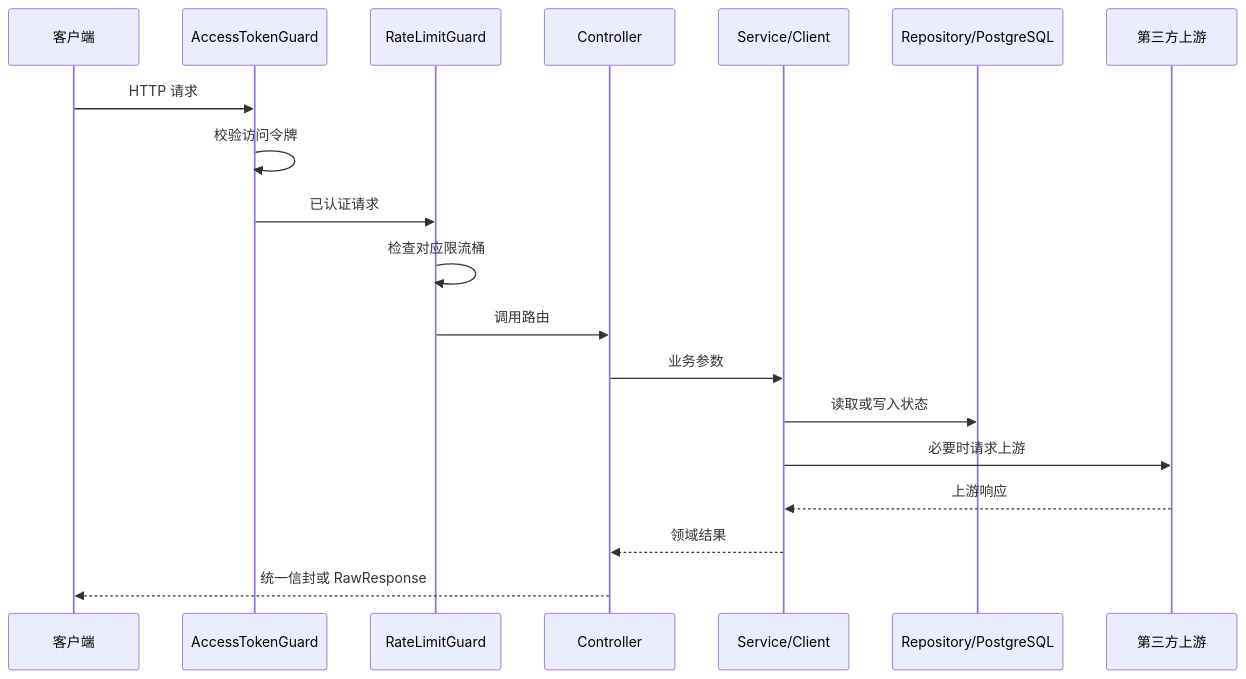
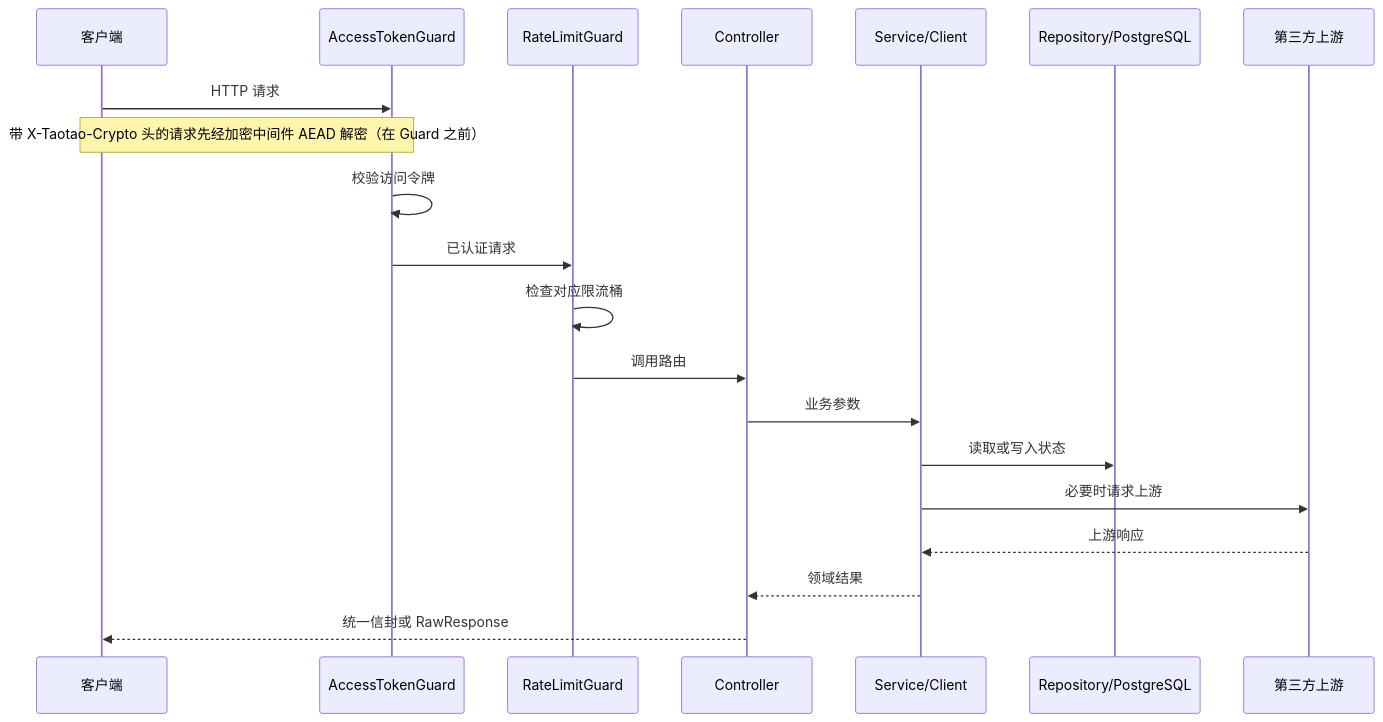
The second of 2 diagrams in wiki/01-architecture.md (hdppppppp/music-server), drawn with Mermaid before and after one commit. The commit also changed other lines of this file and 13 other files, not shown here.

````diff
--- a/wiki/01-architecture.md
+++ b/wiki/01-architecture.md
@@ -176,22 +196,23 @@
 ```mermaid
 sequenceDiagram
     participant C as 客户端
     participant A as AccessTokenGuard
     participant R as RateLimitGuard
     participant CT as Controller
     participant S as Service/Client
     participant DB as Repository/PostgreSQL
     participant U as 第三方上游
 
     C->>A: HTTP 请求
+    Note over C,A: 带 X-Taotao-Crypto 头的请求先经加密中间件 AEAD 解密（在 Guard 之前）
     A->>A: 校验访问令牌
     A->>R: 已认证请求
     R->>R: 检查对应限流桶
     R->>CT: 调用路由
     CT->>S: 业务参数
     S->>DB: 读取或写入状态
     S->>U: 必要时请求上游
     U-->>S: 上游响应
     S-->>CT: 领域结果
     CT-->>C: 统一信封或 RawResponse
 ```
````
